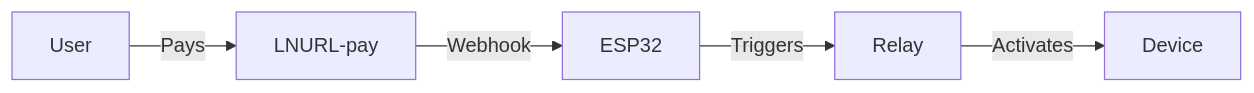
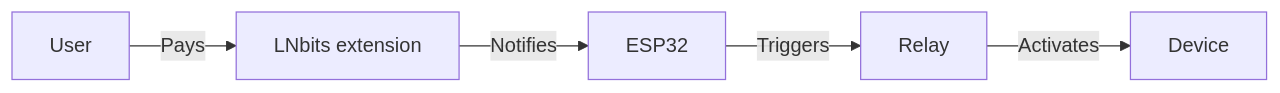
One commit to lndocs/lndocs.github.io changed the sixth of 7 diagrams in docs/guides/use-cases.md. Above: the diagram before and after it, drawn with Mermaid. The commit also changed other lines of this file and 22 other files, not shown here.

First line of the commit message:
Rewrite architecture, guides, development, FAQ and resources for v1.6.2 (#5)

````diff
--- a/docs/guides/use-cases.md
+++ b/docs/guides/use-cases.md
@@ -267,7 +286,7 @@
 ```mermaid
 flowchart LR
-    User["User"] -->|"Pays"| LNURL["LNURL-pay"]
-    LNURL -->|"Webhook"| ESP32["ESP32"]
+    User["User"] -->|"Pays"| LNbits["LNbits extension"]
+    LNbits -->|"Notifies"| ESP32["ESP32"]
     ESP32 -->|"Triggers"| Relay["Relay"]
     Relay -->|"Activates"| Device["Device"]
 ```
````
